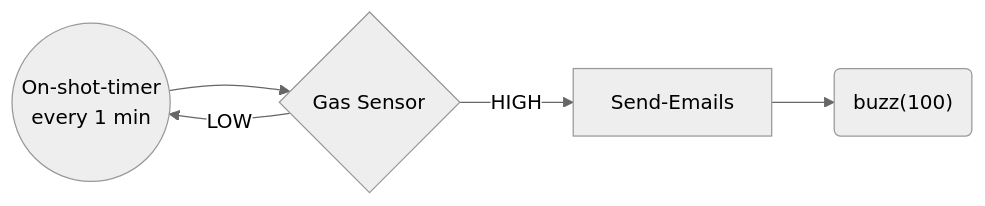
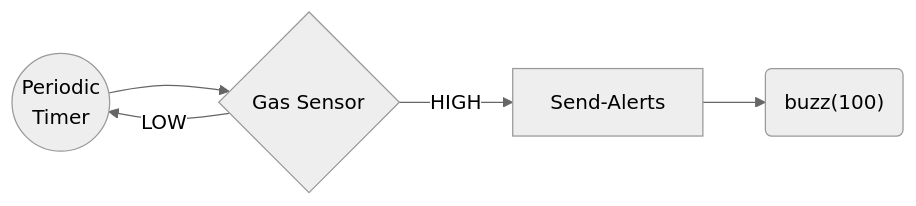
The sixth of 7 diagrams in README.md (Trappy-Scopes/pico-incubator), drawn with Mermaid (neutral theme) before and after one commit. The commit also changed other lines of this file and 14 other files, not shown here.

````diff
--- a/README.md
+++ b/README.md
@@ -223,6 +105,6 @@
 ```mermaid
 graph LR
-	start(("On-shot-timer<br>every 1 min")) --> Gas{Gas Sensor} --HIGH--> Send-Emails
-	Send-Emails --> buzz("buzz(100)")
+	start(("Periodic<br>Timer")) --> Gas{Gas Sensor} --HIGH--> Send-Alerts
+	Send-Alerts --> buzz("buzz(100)")
 	Gas --LOW--> start
 ```
````
